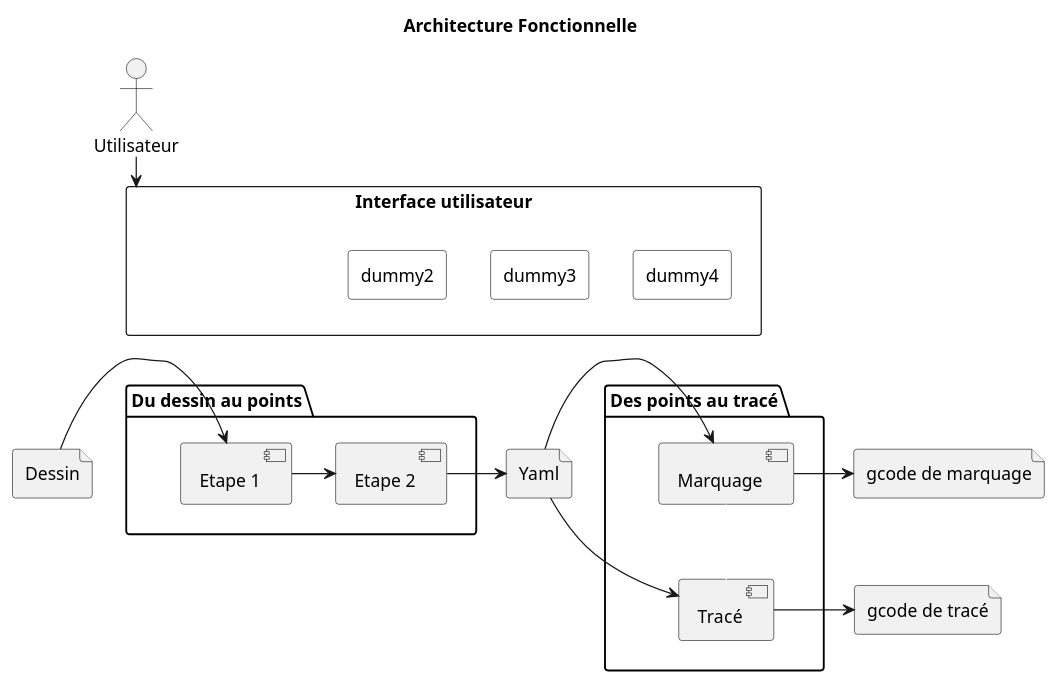
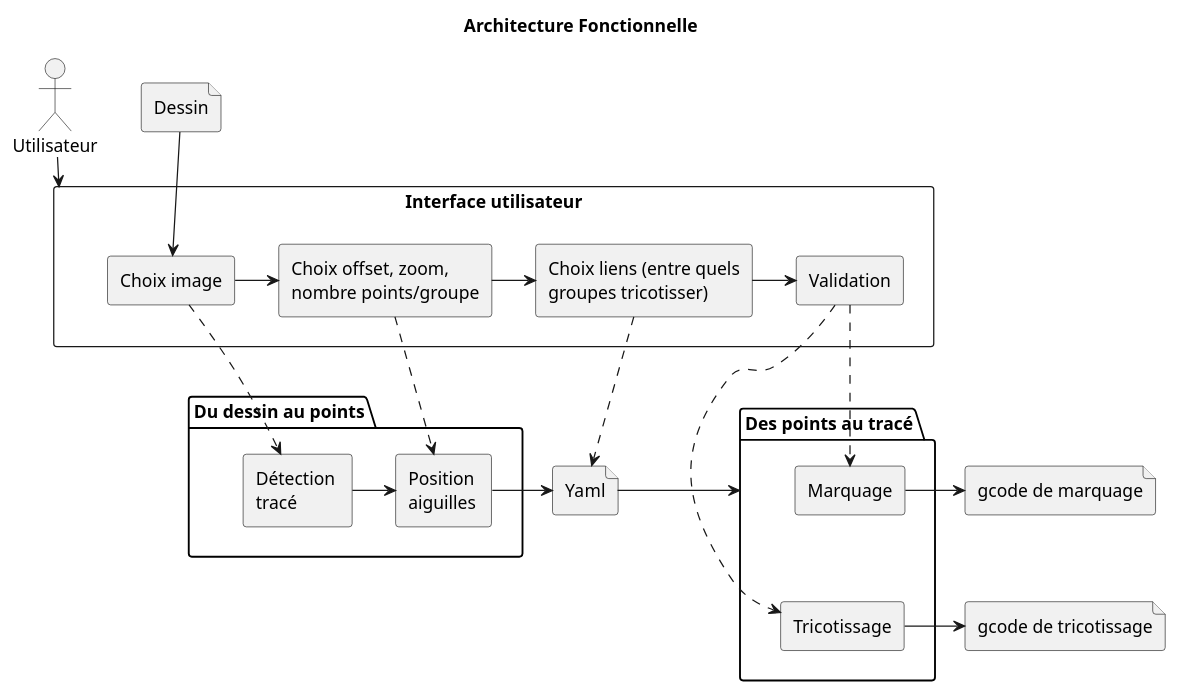
One commit to aurianemartel/pie_tricotissage_2024-2025 changed the diagram in docu/archi_logiciel.puml. Above: the diagram before and after it, drawn with PlantUML. The commit also changed 12 other files, not shown here.

```diff
--- a/docu/archi_logiciel.puml
+++ b/docu/archi_logiciel.puml
@@ -1,54 +1,67 @@
 @startuml "Architecture fonctionnelle"
 
 title "Architecture Fonctionnelle"
 
+' <style>
+'     element {
+'         FontSize: 24;
+'     }
+' </style>
+
 package "Du dessin au points" as ddap {
-    component "Etape 1" as e1
-    component "Etape 2" as e2
+    rectangle "Détection \ntracé" as e1
+    rectangle "Position \naiguilles" as e2
+}
+
+
+package "Des points au tracé" as dpat {
+    rectangle "Marquage"
+    rectangle "Tricotissage"
+    "Marquage" -[hidden]-> "Tricotissage"
+}
+
+
+Actor Utilisateur
+file Dessin 
+
+
+rectangle "Interface utilisateur" as ui {
+    rectangle  "Choix image" as ui1
+    rectangle "Choix offset, zoom,\nnombre points/groupe" as ui2
+    rectangle "Choix liens (entre quels\ngroupes tricotisser)" as ui3
+    rectangle "Validation" as ui4
+    ui1 -> ui2
+    ui2 -> ui3
+    ui3 -> ui4
 }
 
 file Yaml
-file Dessin 
-Dessin -right-> e1
+
+Dessin --> ui1
 e1 -> e2
 e2 -right-> Yaml
 ddap -[hidden]> Yaml
 
 
-package "Des points au tracé" as dpat {
-    component "Marquage"
-    component "Tracé"
-    "Marquage" -[#white]-> "Tracé"
-}
-
 ddap -[hidden]> dpat
-
-Actor Utilisateur
-
-rectangle "Interface utilisateur" as ui {
-    component  "dummy1" #white
-    rectangle dummy2 #white
-    rectangle dummy3 #white
-    rectangle dummy4 #white
-    dummy1 -[hidden]> dummy2
-    dummy2 -[hidden]> dummy3
-    dummy3 -[hidden]> dummy4
-}
 
 hide dummy1
 
 
 Utilisateur --> ui
 
-ui -[hidden]-> ddap
+ui1 ..> e1
+ui2 ..> e2
+ui3 ..> Yaml
+ui4 ..> "Marquage"
+ui4 .right.> "Tricotissage"
 
-Yaml -right-> Marquage 
+Yaml -right-> dpat 
 file "gcode de marquage"
 Marquage -> "gcode de marquage"
 
-Yaml -> "Tracé"
-file "gcode de tracé"
-"Tracé" -> "gcode de tracé"
+file "gcode de tricotissage"
+"Tricotissage" -> "gcode de tricotissage"
 
 
 @enduml
```
